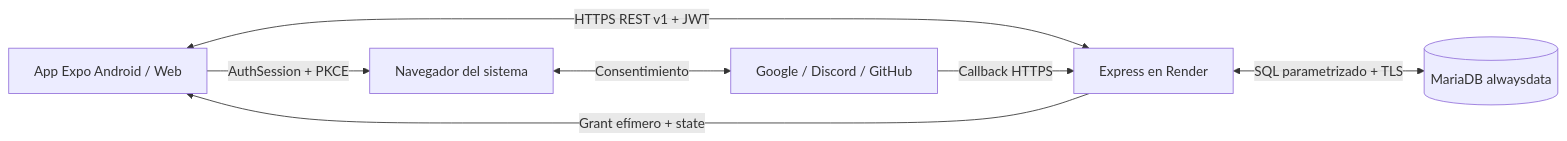
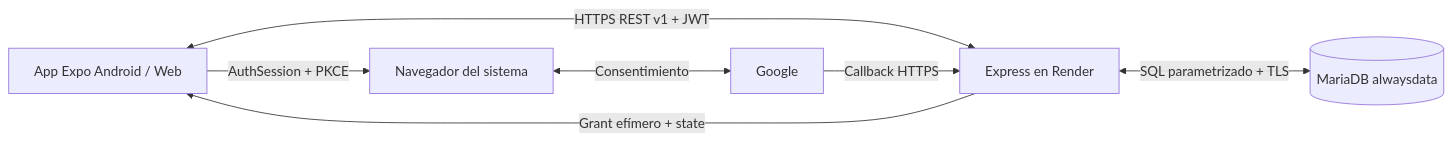
One commit to nehuenparrondo/lavadero-api changed the diagram in docs/architecture.md. Above: the diagram before and after it, drawn with Mermaid. The commit also changed other lines of this file and 43 other files, not shown here.

````diff
--- a/docs/architecture.md
+++ b/docs/architecture.md
@@ -54,9 +53,9 @@
 ```mermaid
 flowchart LR
   App[App Expo Android / Web] <-->|HTTPS REST v1 + JWT| API[Express en Render]
   API <-->|SQL parametrizado + TLS| DB[(MariaDB alwaysdata)]
   App -->|AuthSession + PKCE| Browser[Navegador del sistema]
-  Browser <-->|Consentimiento| Providers[Google / Discord / GitHub]
+  Browser <-->|Consentimiento| Providers[Google]
   Providers -->|Callback HTTPS| API
   API -->|Grant efímero + state| App
 ```
````
